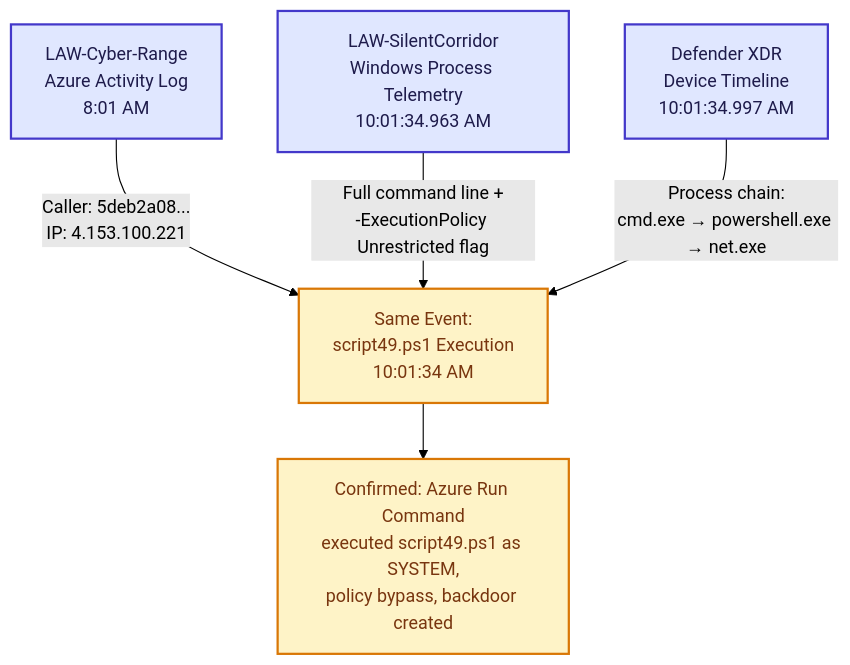
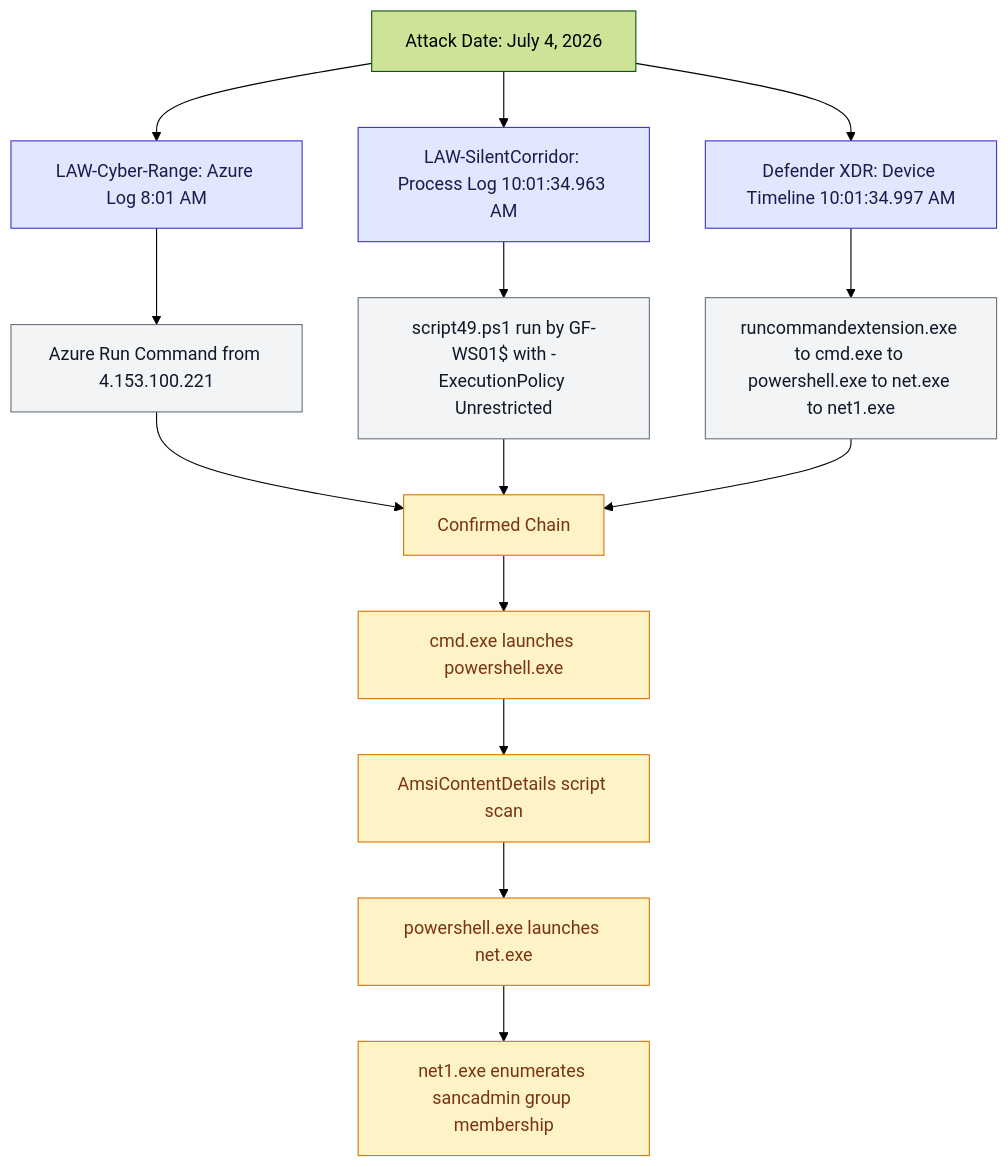
One commit to Danielle-Respes/Hidden-Directive-Threat-Hunt-Investigation-Sentinel-MDE-2026 changed the second of 7 diagrams in README.md. Above: the diagram before and after it, drawn with Mermaid (forest theme). The commit also changed other lines of this file, not shown here.

````diff
--- a/README.md
+++ b/README.md
@@ -165,12 +163,27 @@
 ```mermaid
 graph TB
-    A["LAW-Cyber-Range<br/>Azure Activity Log<br/>8:01 AM"] -->|"Caller: 5deb2a08...<br/>IP: 4.153.100.221"| D["Same Event:<br/>script49.ps1 Execution<br/>10:01:34 AM"]
-    B["LAW-SilentCorridor<br/>Windows Process Telemetry<br/>10:01:34.963 AM"] -->|"Full command line +<br/>-ExecutionPolicy Unrestricted flag"| D
-    C["Defender XDR<br/>Device Timeline<br/>10:01:34.997 AM"] -->|"Process chain:<br/>cmd.exe → powershell.exe → net.exe"| D
-    D --> E["Confirmed: Azure Run Command<br/>executed script49.ps1 as SYSTEM,<br/>policy bypass, backdoor created"]
+    Title["Attack Date: July 4, 2026"]
+    Title --> A[LAW-Cyber-Range: Azure Log 8:01 AM]
+    Title --> B[LAW-SilentCorridor: Process Log 10:01:34.963 AM]
+    Title --> C[Defender XDR: Device Timeline 10:01:34.997 AM]
 
-    classDef source fill:#e0e7ff,stroke:#4338ca,stroke-width:2px,color:#1e1b4b
-    classDef result fill:#fef3c7,stroke:#d97706,stroke-width:2px,color:#78350f
+    A --> A1[Azure Run Command from 4.153.100.221]
+    B --> B1[script49.ps1 run by GF-WS01$ with -ExecutionPolicy Unrestricted]
+    C --> C1[runcommandextension.exe to cmd.exe to powershell.exe to net.exe to net1.exe]
+
+    A1 --> D[Confirmed Chain]
+    B1 --> D
+    C1 --> D
+    D --> E[cmd.exe launches powershell.exe]
+    E --> F[AmsiContentDetails script scan]
+    F --> G[powershell.exe launches net.exe]
+    G --> H[net1.exe enumerates sancadmin group membership]
+
+    classDef source fill:#e0e7ff,stroke:#4338ca,color:#1e1b4b
+    classDef finding fill:#f3f4f6,stroke:#6b7280,color:#111827
+    classDef result fill:#fef3c7,stroke:#d97706,color:#78350f
     class A,B,C source
-    class D,E result
+    class A1,B1,C1 finding
+    class D,E,F,G,H result
+
 ```
````
